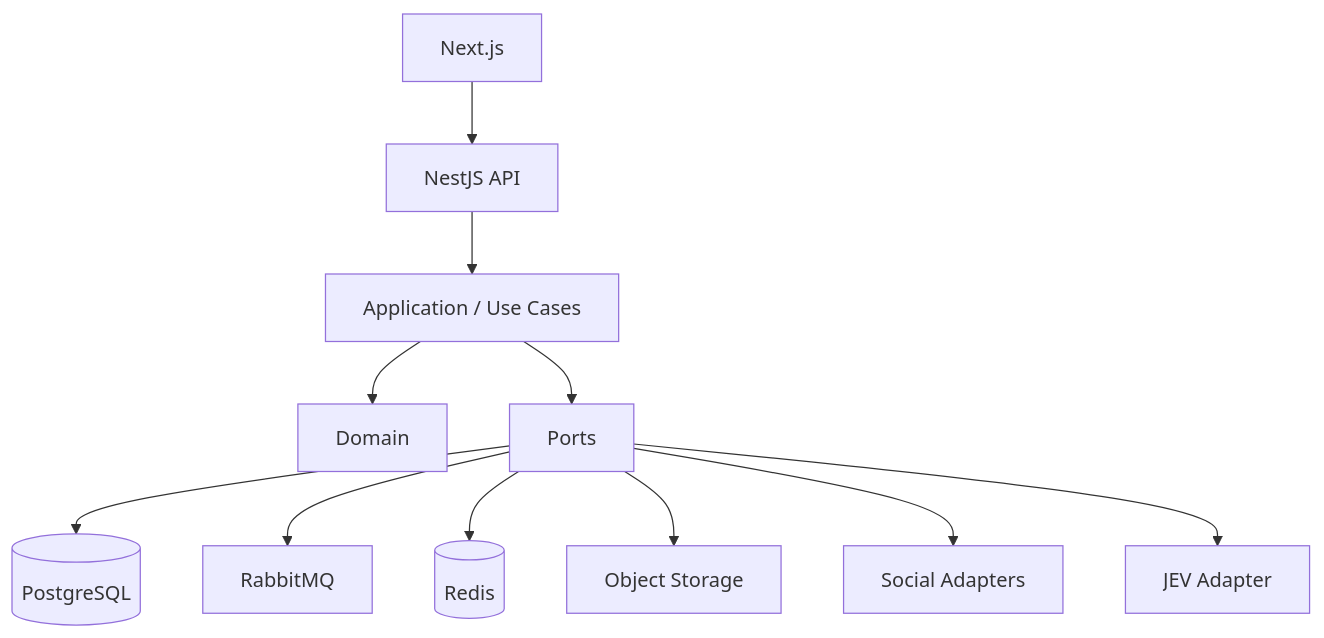
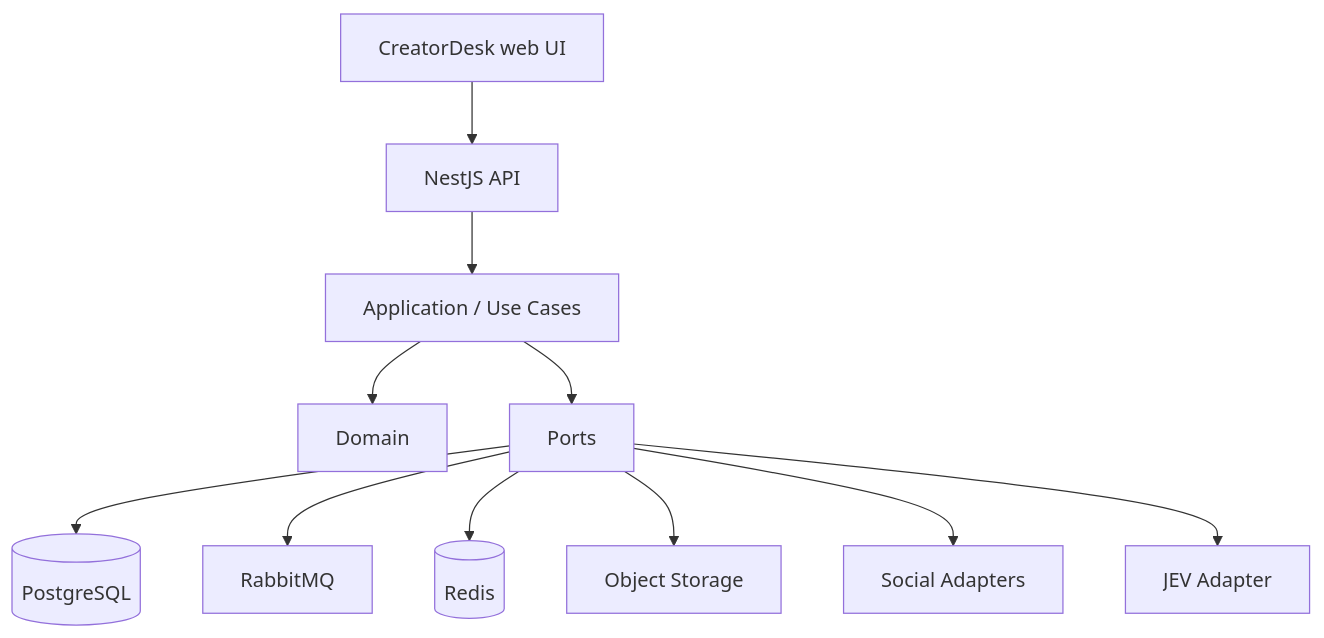
Before and after one commit to adrianojtf/content-manager: the diagram in docs/architecture/architecture.md, drawn with Mermaid. The commit also changed other lines of this file and 88 other files, not shown here.

````diff
--- a/docs/architecture/architecture.md
+++ b/docs/architecture/architecture.md
@@ -9,30 +9,30 @@
 ```mermaid
 flowchart TB
-    UI[Next.js]
+    UI[CreatorDesk web UI]
     API[NestJS API]
 
     APP[Application / Use Cases]
     DOMAIN[Domain]
 
     PORTS[Ports]
 
     DB[(PostgreSQL)]
     MQ[RabbitMQ]
     CACHE[(Redis)]
     STORAGE[Object Storage]
 
     SOCIAL[Social Adapters]
     JEV[JEV Adapter]
 
     UI --> API
     API --> APP
     APP --> DOMAIN
     APP --> PORTS
 
     PORTS --> DB
     PORTS --> MQ
     PORTS --> CACHE
     PORTS --> STORAGE
     PORTS --> SOCIAL
     PORTS --> JEV
 ```
````
